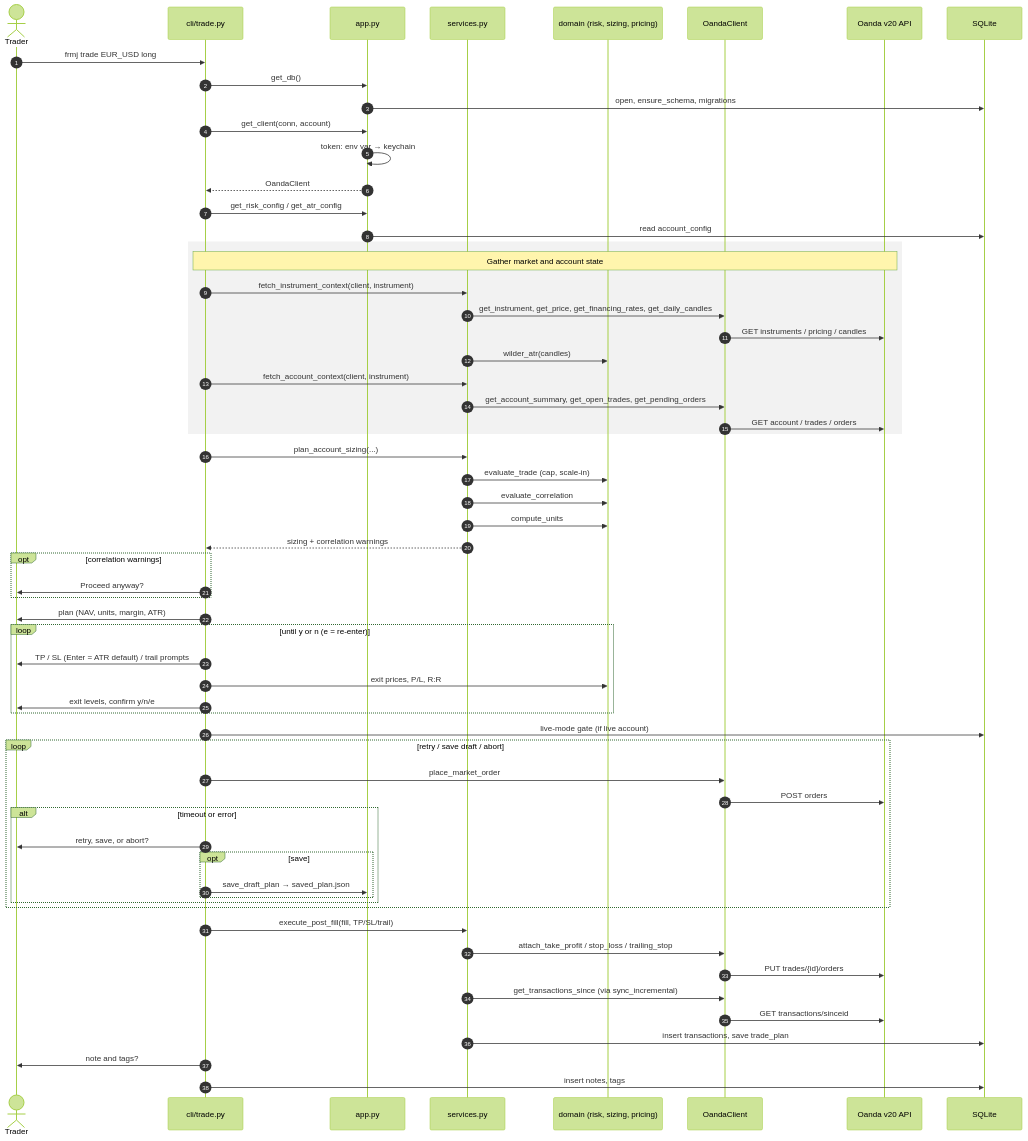
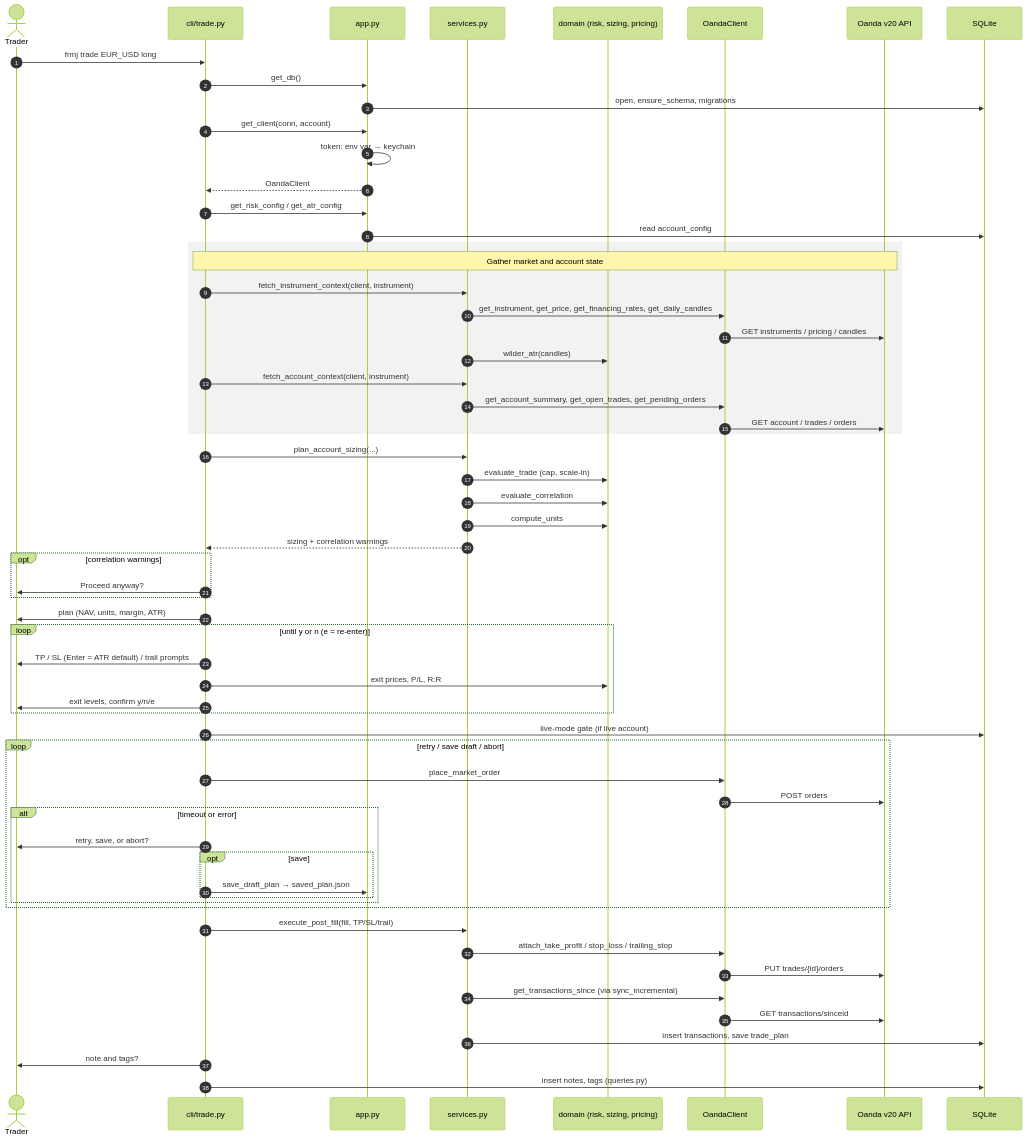
The second of 3 diagrams in docs/architecture.md (RagBillySandstone/frmj), drawn with Mermaid (forest theme) before and after one commit. The commit also changed other lines of this file, not shown here.

First line of the commit message:
docs: describe queries.py in the architecture overview

````diff
--- a/docs/architecture.md
+++ b/docs/architecture.md
@@ -132,69 +139,69 @@
 ```mermaid
 sequenceDiagram
     autonumber
     actor U as Trader
     participant CLI as cli/trade.py
     participant App as app.py
     participant Svc as services.py
     participant Dom as domain (risk, sizing, pricing)
     participant OC as OandaClient
     participant API as Oanda v20 API
     participant DB as SQLite
 
     U->>CLI: frmj trade EUR_USD long
     CLI->>App: get_db()
     App->>DB: open, ensure_schema, migrations
     CLI->>App: get_client(conn, account)
     App->>App: token: env var → keychain
     App-->>CLI: OandaClient
     CLI->>App: get_risk_config / get_atr_config
     App->>DB: read account_config
 
     rect rgba(127,127,127,0.1)
     note over CLI,API: Gather market and account state
     CLI->>Svc: fetch_instrument_context(client, instrument)
     Svc->>OC: get_instrument, get_price, get_financing_rates, get_daily_candles
     OC->>API: GET instruments / pricing / candles
     Svc->>Dom: wilder_atr(candles)
     CLI->>Svc: fetch_account_context(client, instrument)
     Svc->>OC: get_account_summary, get_open_trades, get_pending_orders
     OC->>API: GET account / trades / orders
     end
 
     CLI->>Svc: plan_account_sizing(...)
     Svc->>Dom: evaluate_trade (cap, scale-in)
     Svc->>Dom: evaluate_correlation
     Svc->>Dom: compute_units
     Svc-->>CLI: sizing + correlation warnings
     opt correlation warnings
         CLI->>U: Proceed anyway?
     end
 
     CLI->>U: plan (NAV, units, margin, ATR)
     loop until y or n (e = re-enter)
         CLI->>U: TP / SL (Enter = ATR default) / trail prompts
         CLI->>Dom: exit prices, P/L, R:R
         CLI->>U: exit levels, confirm y/n/e
     end
 
     CLI->>DB: live-mode gate (if live account)
     loop retry / save draft / abort
         CLI->>OC: place_market_order
         OC->>API: POST orders
         alt timeout or error
             CLI->>U: retry, save, or abort?
             opt save
                 CLI->>App: save_draft_plan → saved_plan.json
             end
         end
     end
 
     CLI->>Svc: execute_post_fill(fill, TP/SL/trail)
     Svc->>OC: attach_take_profit / stop_loss / trailing_stop
     OC->>API: PUT trades/{id}/orders
     Svc->>OC: get_transactions_since (via sync_incremental)
     OC->>API: GET transactions/sinceid
     Svc->>DB: insert transactions, save trade_plan
     CLI->>U: note and tags?
-    CLI->>DB: insert notes, tags
+    CLI->>DB: insert notes, tags (queries.py)
 ```
````
